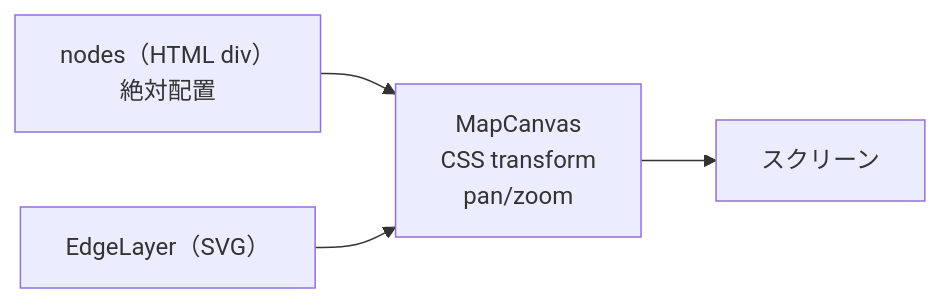
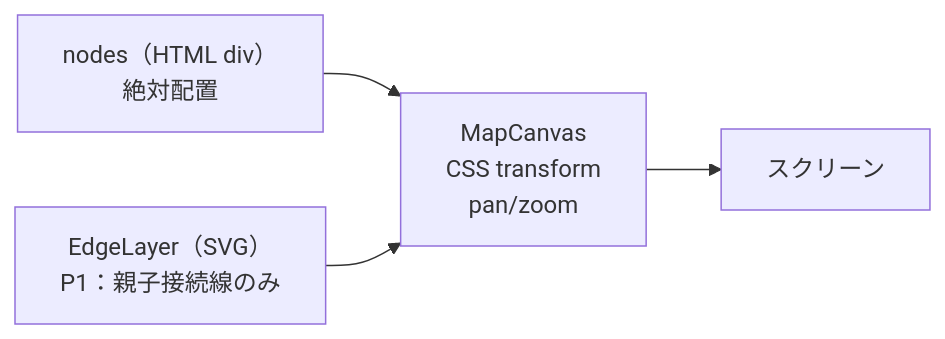
Before and after one commit to skajihara/thinkronos: the fourth of 6 diagrams in .kiro/specs/map/design.md, drawn with Mermaid. The commit also changed other lines of this file and 1 other file, not shown here.

````diff
--- a/.kiro/specs/map/design.md
+++ b/.kiro/specs/map/design.md
@@ -325,6 +375,6 @@
 ```mermaid
 graph LR
     Nodes["nodes（HTML div）\n絶対配置"] --> Canvas["MapCanvas\nCSS transform\npan/zoom"]
-    Edges["EdgeLayer（SVG）"] --> Canvas
+    Edges["EdgeLayer（SVG）\nP1：親子接続線のみ"] --> Canvas
     Canvas --> Screen["スクリーン"]
 ```
````
